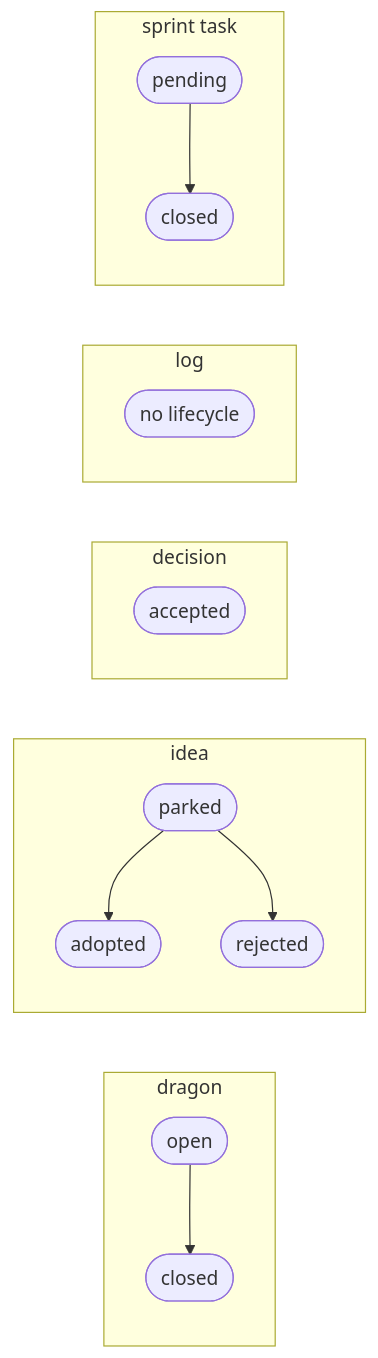
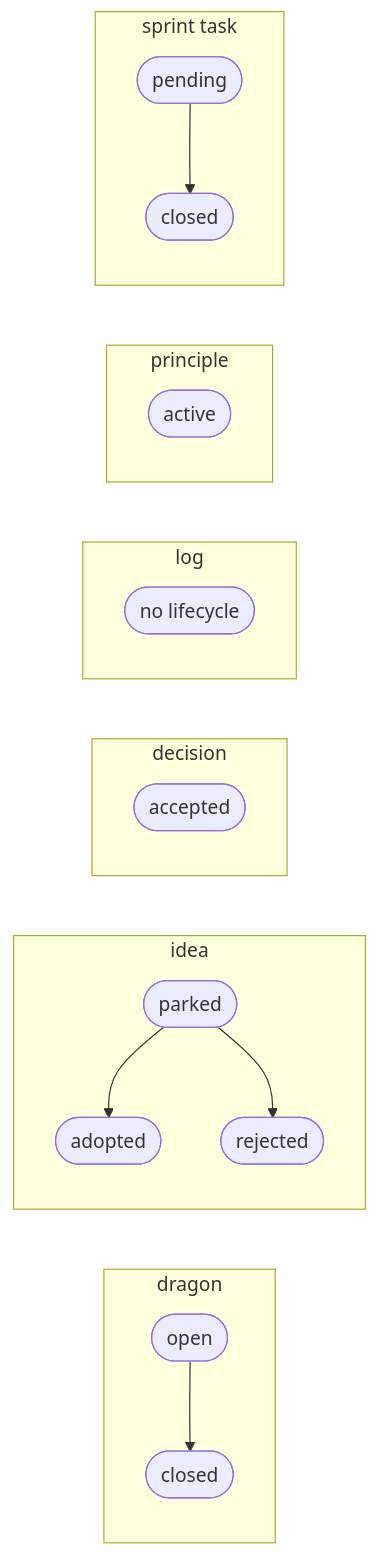
The second of 2 diagrams in README.md (henry-filgueiras/scarp), drawn with Mermaid before and after one commit. The commit also changed other lines of this file and 12 other files, not shown here.

````diff
--- a/README.md
+++ b/README.md
@@ -307,19 +311,22 @@
 ```mermaid
 flowchart LR
     subgraph dragon
         d1([open]) --> d2([closed])
     end
     subgraph idea
         i1([parked]) --> i2([adopted])
         i1 --> i3([rejected])
     end
     subgraph decision
         a1([accepted])
     end
     subgraph log
         l1([no lifecycle])
     end
+    subgraph principle
+        p1([active])
+    end
     subgraph task["sprint task"]
         t1([pending]) --> t2([closed])
     end
 ```
````
